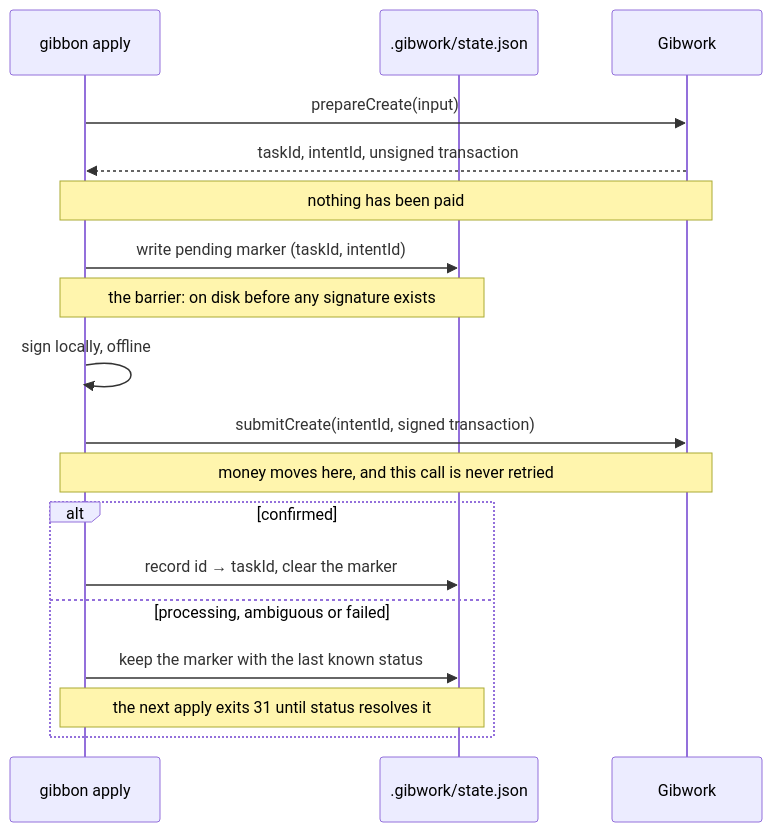
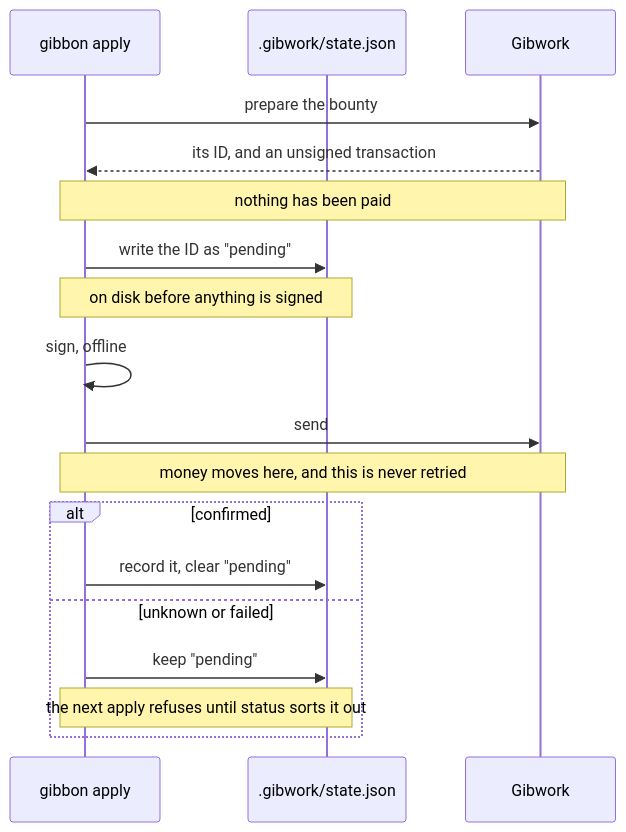
The second of 2 diagrams in README.md (Shiva953/gibbon), drawn with Mermaid before and after one commit. The commit also changed other lines of this file and 15 other files, not shown here.

````diff
--- a/README.md
+++ b/README.md
@@ -631,20 +576,20 @@
 ```mermaid
 sequenceDiagram
   participant A as gibbon apply
   participant D as .gibwork/state.json
   participant G as Gibwork
-  A->>G: prepareCreate(input)
-  G-->>A: taskId, intentId, unsigned transaction
+  A->>G: prepare the bounty
+  G-->>A: its ID, and an unsigned transaction
   Note over A,G: nothing has been paid
-  A->>D: write pending marker (taskId, intentId)
-  Note over A,D: the barrier: on disk before any signature exists
-  A->>A: sign locally, offline
-  A->>G: submitCreate(intentId, signed transaction)
-  Note over A,G: money moves here, and this call is never retried
+  A->>D: write the ID as "pending"
+  Note over A,D: on disk before anything is signed
+  A->>A: sign, offline
+  A->>G: send
+  Note over A,G: money moves here, and this is never retried
   alt confirmed
-    A->>D: record id → taskId, clear the marker
-  else processing, ambiguous or failed
-    A->>D: keep the marker with the last known status
-    Note over A,D: the next apply exits 31 until status resolves it
+    A->>D: record it, clear "pending"
+  else unknown or failed
+    A->>D: keep "pending"
+    Note over A,D: the next apply refuses until status sorts it out
   end
 ```
````
